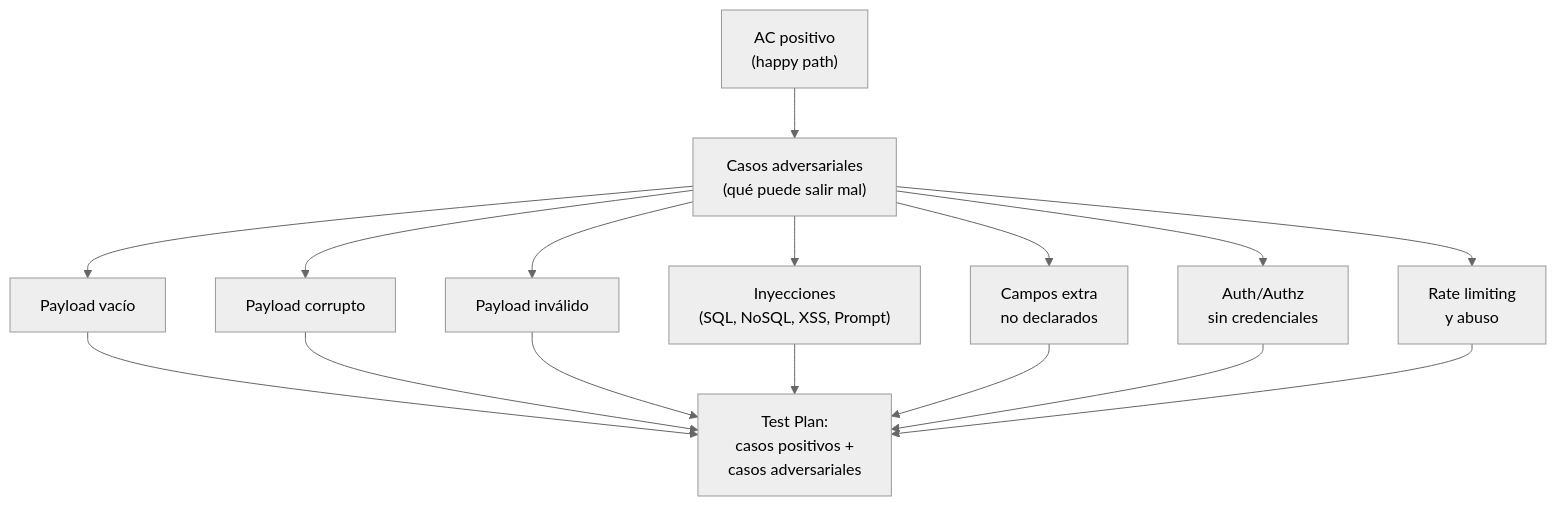
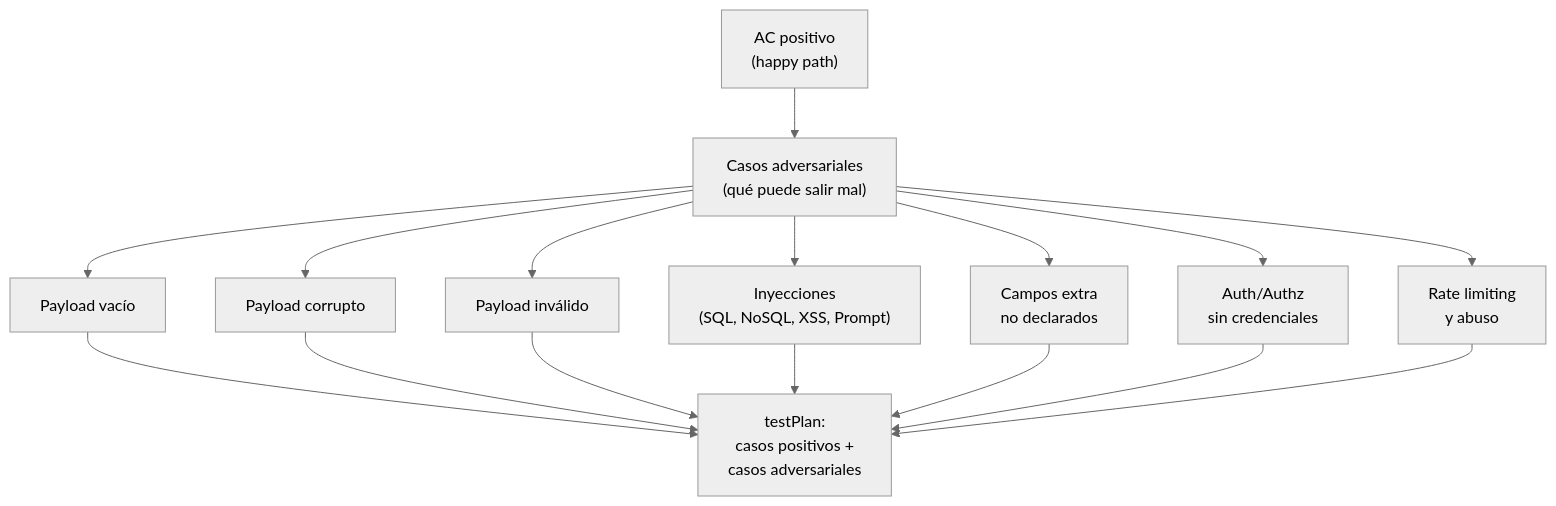
The third of 10 diagrams in docs/execution/red.md (virgenherrera/idea-to-mvp), drawn with Mermaid (neutral theme) before and after one commit. The commit also changed other lines of this file and 30 other files, not shown here.

````diff
--- a/docs/execution/red.md
+++ b/docs/execution/red.md
@@ -180,23 +201,23 @@
 ```mermaid
 flowchart TD
     AC["AC positivo\n(happy path)"]
     NEG["Casos adversariales\n(qué puede salir mal)"]
 
     AC --> NEG
 
     NEG --> EMPTY["Payload vacío"]
     NEG --> CORRUPT["Payload corrupto"]
     NEG --> INVALID["Payload inválido"]
     NEG --> INJECTION["Inyecciones\n(SQL, NoSQL, XSS, Prompt)"]
     NEG --> EXTRA["Campos extra\nno declarados"]
     NEG --> AUTH["Auth/Authz\nsin credenciales"]
     NEG --> ABUSE["Rate limiting\ny abuso"]
 
-    EMPTY --> PLAN["Test Plan:\ncasos positivos +\ncasos adversariales"]
+    EMPTY --> PLAN["testPlan:\ncasos positivos +\ncasos adversariales"]
     CORRUPT --> PLAN
     INVALID --> PLAN
     INJECTION --> PLAN
     EXTRA --> PLAN
     AUTH --> PLAN
     ABUSE --> PLAN
 ```
````
